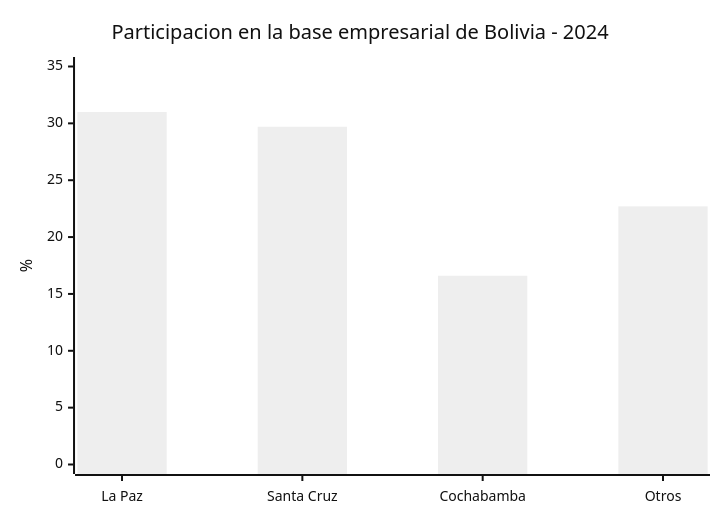
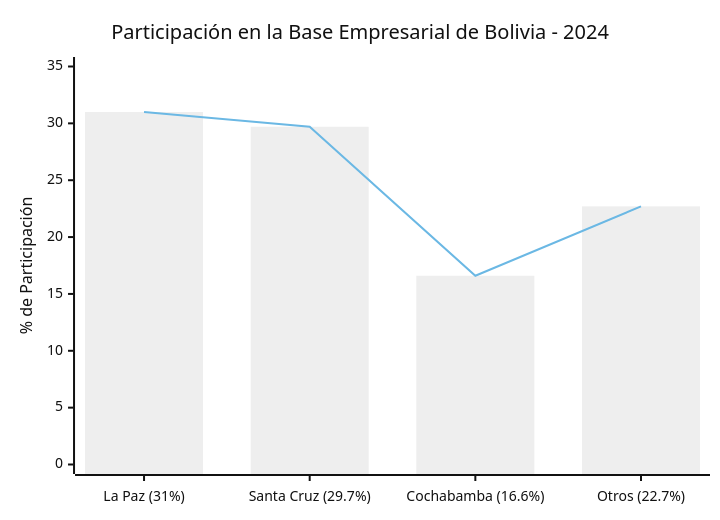
Before and after one commit to mita-build-with-ai-2026/.github: the second of 5 diagrams in Mita_fuentes_estadisticas.md, drawn with Mermaid (neutral theme). The commit also changed other lines of this file and 35 other files, not shown here.

````diff
--- a/Mita_fuentes_estadisticas.md
+++ b/Mita_fuentes_estadisticas.md
@@ -54,7 +55,8 @@
 ```mermaid
 xychart-beta
-  title "Participacion en la base empresarial de Bolivia - 2024"
-  x-axis ["La Paz", "Santa Cruz", "Cochabamba", "Otros"]
-  y-axis "%" 0 --> 35
+  title "Participación en la Base Empresarial de Bolivia - 2024"
+  x-axis ["La Paz (31%)", "Santa Cruz (29.7%)", "Cochabamba (16.6%)", "Otros (22.7%)"]
+  y-axis "% de Participación" 0 --> 35
   bar [31, 29.7, 16.6, 22.7]
+  line [31, 29.7, 16.6, 22.7]
 ```
````
